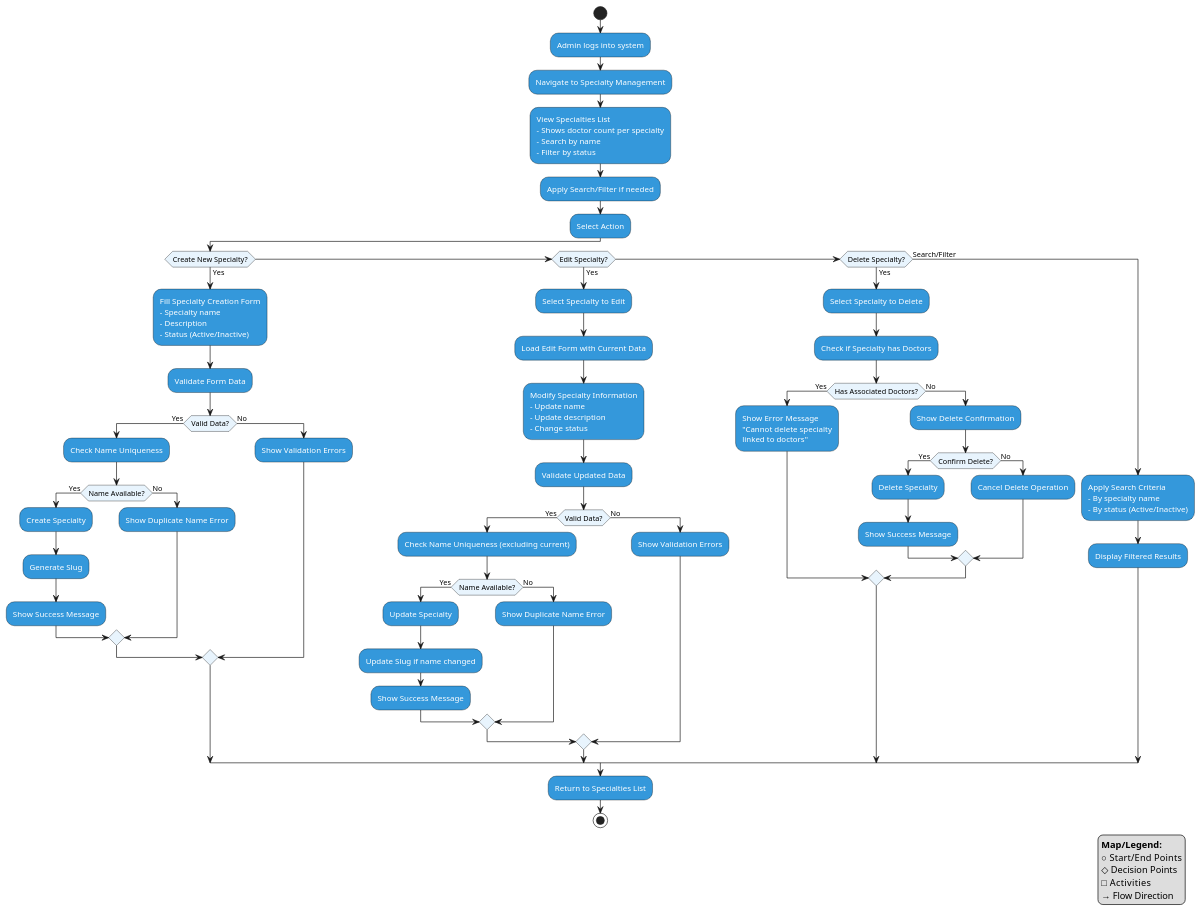
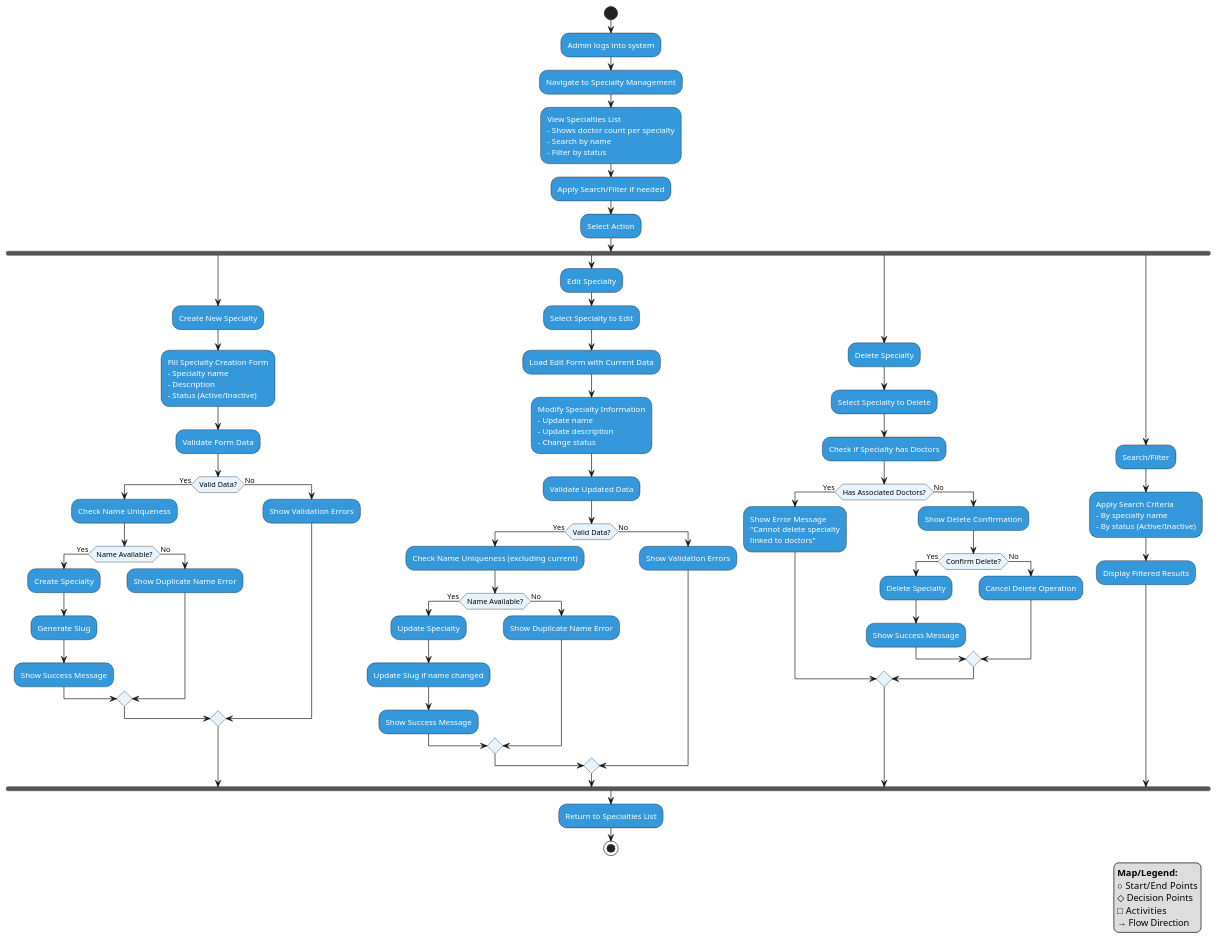
One commit to Ahmed-Makled/clinic changed the diagram in Admin_Manage_Specialties_Activity.puml. Above: the diagram before and after it, drawn with PlantUML. The commit also changed 21 other files, not shown here.

First line of the commit message:
Refactor sequence diagrams for clarity and consistency

```diff
--- a/Admin_Manage_Specialties_Activity.puml
+++ b/Admin_Manage_Specialties_Activity.puml
@@ -1,131 +1,136 @@
 @startuml Admin_Manage_Specialties_Activity
 
 skinparam Activity {
     BackgroundColor #3498db
     BorderColor #000000
     FontColor #ffffff
     FontSize 12
     FontName Arial
 }
 
 skinparam ActivityDiamond {
     BackgroundColor #e8f4fd
     BorderColor #000000
     FontColor #000000
     FontSize 11
     FontName Arial
 }
 
 skinparam Note {
     BackgroundColor #f8f9fa
     BorderColor #000000
     FontColor #000000
     FontSize 10
 }
 
 |Admin|
 start
 
 :Admin logs into system;
 
 :Navigate to Specialty Management;
 
 :View Specialties List
 - Shows doctor count per specialty
 - Search by name
 - Filter by status;
 
 :Apply Search/Filter if needed;
 
 :Select Action;
 
-if (Create New Specialty?) then (Yes)
+fork
+    :Create New Specialty;
     :Fill Specialty Creation Form
     - Specialty name
     - Description
     - Status (Active/Inactive);
-    
+
     :Validate Form Data;
-    
+
     if (Valid Data?) then (Yes)
         :Check Name Uniqueness;
-        
+
         if (Name Available?) then (Yes)
             :Create Specialty;
             :Generate Slug;
             :Show Success Message;
         else (No)
             :Show Duplicate Name Error;
         endif
     else (No)
         :Show Validation Errors;
     endif
-    
-elseif (Edit Specialty?) then (Yes)
+
+fork again
+    :Edit Specialty;
     :Select Specialty to Edit;
-    
+
     :Load Edit Form with Current Data;
-    
+
     :Modify Specialty Information
     - Update name
     - Update description
     - Change status;
-    
+
     :Validate Updated Data;
-    
+
     if (Valid Data?) then (Yes)
         :Check Name Uniqueness (excluding current);
-        
+
         if (Name Available?) then (Yes)
             :Update Specialty;
             :Update Slug if name changed;
             :Show Success Message;
         else (No)
             :Show Duplicate Name Error;
         endif
     else (No)
         :Show Validation Errors;
     endif
-    
-elseif (Delete Specialty?) then (Yes)
+
+fork again
+    :Delete Specialty;
     :Select Specialty to Delete;
-    
+
     :Check if Specialty has Doctors;
-    
+
     if (Has Associated Doctors?) then (Yes)
         :Show Error Message
         "Cannot delete specialty
         linked to doctors";
     else (No)
         :Show Delete Confirmation;
-        
+
         if (Confirm Delete?) then (Yes)
             :Delete Specialty;
             :Show Success Message;
         else (No)
             :Cancel Delete Operation;
         endif
     endif
-    
-else (Search/Filter)
+
+fork again
+    :Search/Filter;
     :Apply Search Criteria
     - By specialty name
     - By status (Active/Inactive);
-    
+
     :Display Filtered Results;
-endif
+
+end fork
 
 :Return to Specialties List;
 
 stop
 
 ' Map/Legend positioned at bottom right
 legend right
 **Map/Legend:**
 ○ Start/End Points
-◇ Decision Points  
+◇ Decision Points
 □ Activities
 → Flow Direction
 endlegend
 
-@enduml 
+@enduml
```
